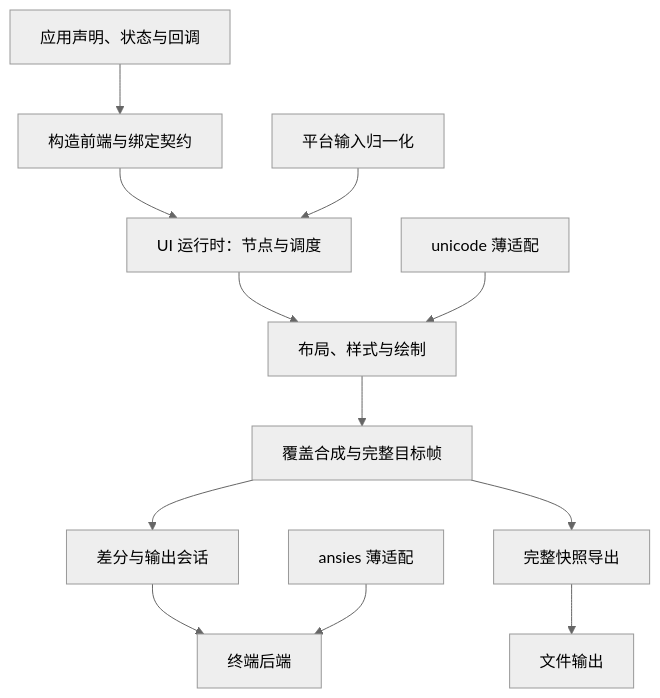
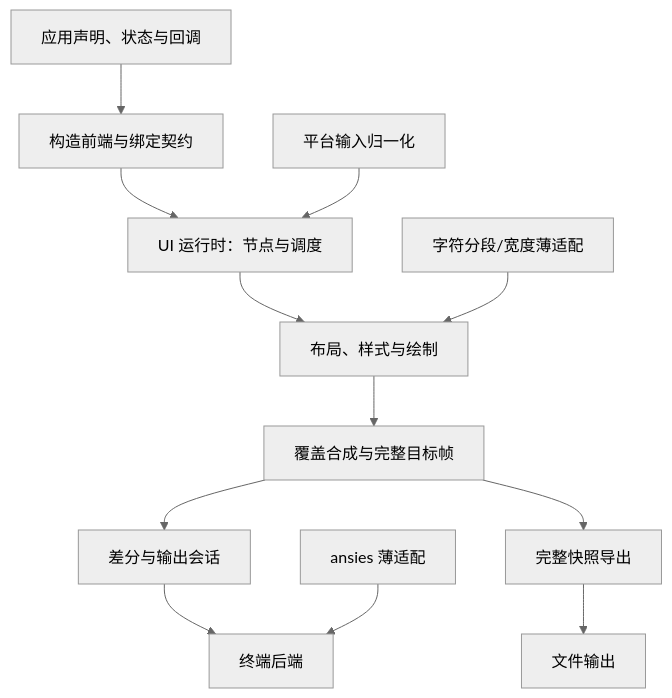
The first of 3 diagrams in docs/architecture.md (vchs6/terminal.ui), drawn with Mermaid (neutral theme) before and after one commit. The commit also changed other lines of this file and 80 other files, not shown here.

````diff
--- a/docs/architecture.md
+++ b/docs/architecture.md
@@ -36,14 +36,14 @@
 ```mermaid
 flowchart TD
   A["应用声明、状态与回调"] --> B["构造前端与绑定契约"]
   B --> C["UI 运行时：节点与调度"]
   I["平台输入归一化"] --> C
   C --> L["布局、样式与绘制"]
   L --> F["覆盖合成与完整目标帧"]
   F --> D["差分与输出会话"]
   D --> T["终端后端"]
   F --> E["完整快照导出"]
   E --> O["文件输出"]
-  U["unicode 薄适配"] --> L
+  U["字符分段/宽度薄适配"] --> L
   N["ansies 薄适配"] --> T
 ```
````
